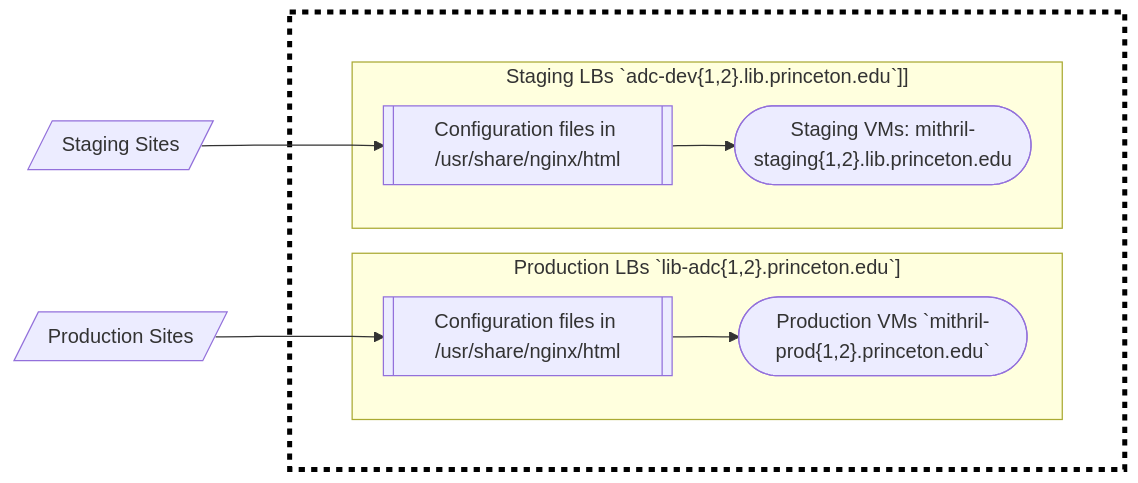
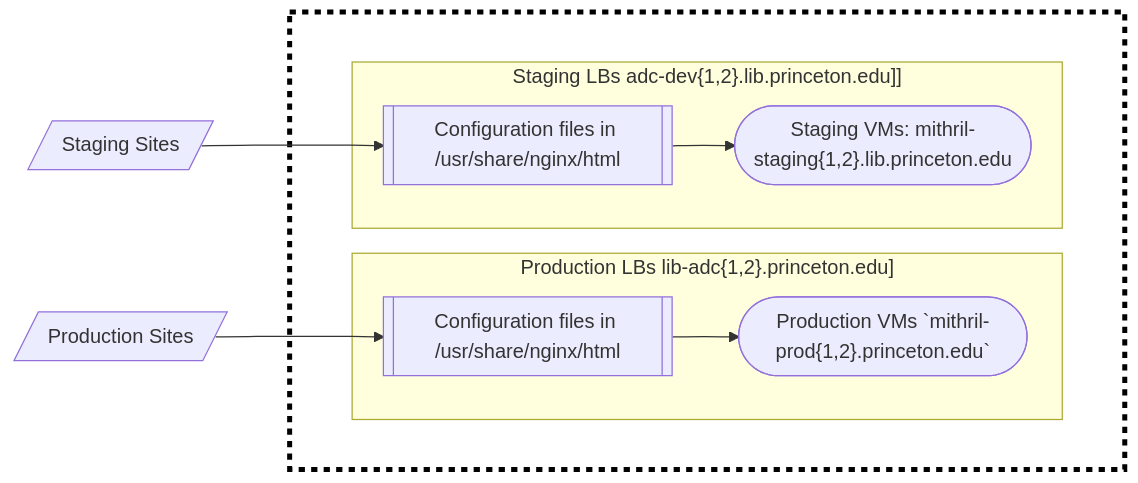
One commit to pulibrary/pul-it-handbook changed the diagram in services/private_network.md. Above: the diagram before and after it, drawn with Mermaid.

Commit message:
fix unsupported markdown eror

````diff
--- a/services/private_network.md
+++ b/services/private_network.md
@@ -96,24 +96,24 @@
 ```mermaid
   graph LR;
       S31[/"Production Sites"/]-->SG1
       S33[/"Staging Sites"/]-->SG3
       subgraph project [" "]
       subgraph project_space [" "]
       style project fill:#fff,stroke:#000,stroke-width:4px,color:#000,stroke-dasharray: 5 5
       style project_space fill:#fff,stroke:#000,stroke-width:0px
 
-            subgraph "Production LBs `lib-adc{1,2}.princeton.edu`]"
+            subgraph "Production LBs lib-adc{1,2}.princeton.edu]"
                SG1[["Configuration files in /usr/share/nginx/html"]]-->B(["Production VMs `mithril-prod{1,2}.princeton.edu`"])
             end
 
-            subgraph "Staging LBs `adc-dev{1,2}.lib.princeton.edu`]]"
+            subgraph "Staging LBs adc-dev{1,2}.lib.princeton.edu]]"
                SG3[["Configuration files in /usr/share/nginx/html"]]-->DE(["Staging VMs: mithril-staging{1,2}.lib.princeton.edu"]);
             end
          
       end
    end
 
    classDef ecclass fill:#00f,stroke:#00f,stroke-width:0px,color:#fff;
    class EC2,EC2a,EC2b,ec2_sp,ec2a_sp,ec2b_sp ecclass;
 
 ```
````
